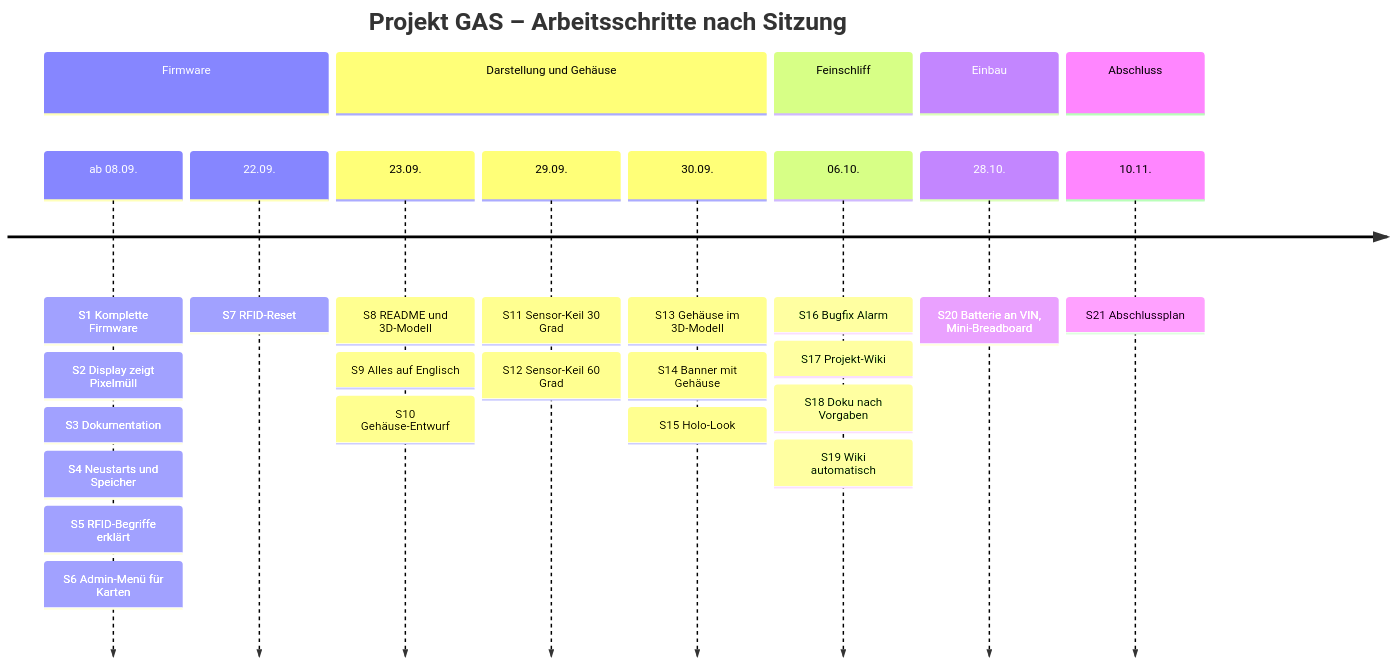
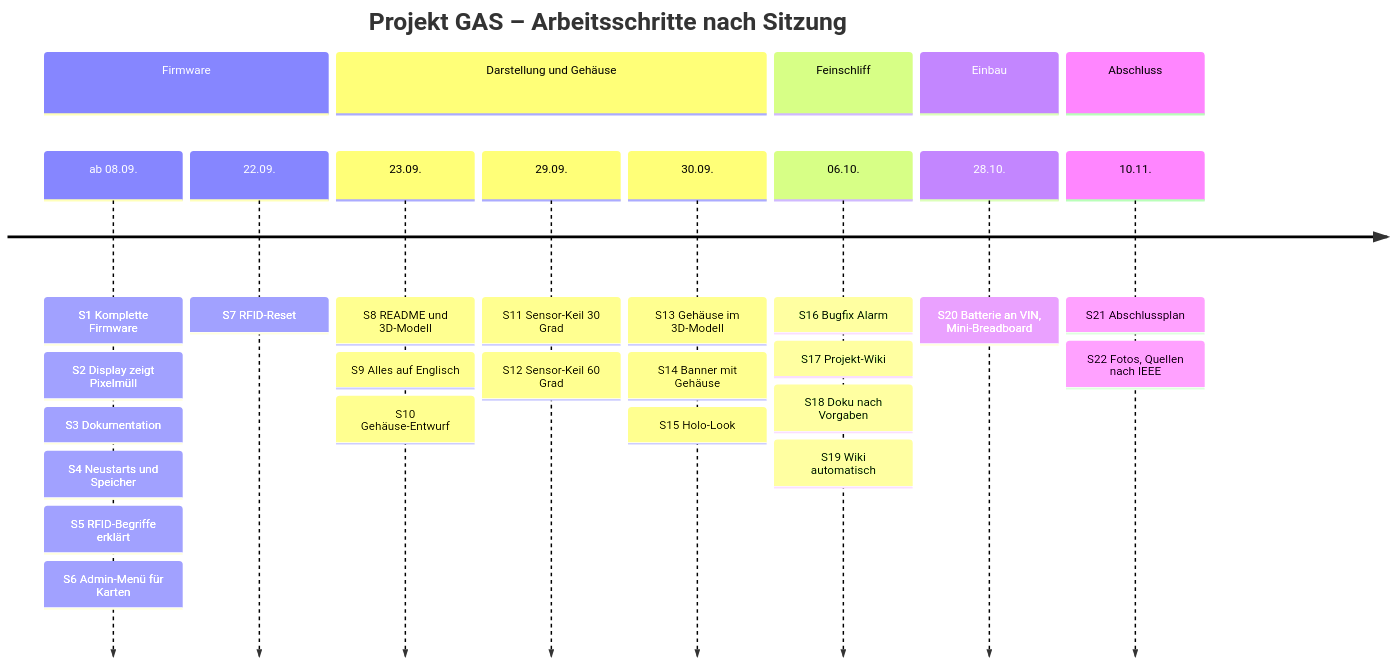
The first of 3 diagrams in wiki/Entwicklungsverlauf.md (BBZ-AIFS51/LF7-Projekt_GAS), drawn with Mermaid before and after one commit. The commit also changed other lines of this file and 14 other files, not shown here.

````diff
--- a/wiki/Entwicklungsverlauf.md
+++ b/wiki/Entwicklungsverlauf.md
@@ -25,30 +25,31 @@
 ```mermaid
 timeline
     title Projekt GAS – Arbeitsschritte nach Sitzung
     section Firmware
         ab 08.09. : S1 Komplette Firmware
                   : S2 Display zeigt Pixelmüll
                   : S3 Dokumentation
                   : S4 Neustarts und Speicher
                   : S5 RFID-Begriffe erklärt
                   : S6 Admin-Menü für Karten
         22.09. : S7 RFID-Reset
     section Darstellung und Gehäuse
         23.09. : S8 README und 3D-Modell
                : S9 Alles auf Englisch
                : S10 Gehäuse-Entwurf
         29.09. : S11 Sensor-Keil 30 Grad
                : S12 Sensor-Keil 60 Grad
         30.09. : S13 Gehäuse im 3D-Modell
                : S14 Banner mit Gehäuse
                : S15 Holo-Look
     section Feinschliff
         06.10. : S16 Bugfix Alarm
                : S17 Projekt-Wiki
                : S18 Doku nach Vorgaben
                : S19 Wiki automatisch
     section Einbau
         28.10. : S20 Batterie an VIN, Mini-Breadboard
     section Abschluss
         10.11. : S21 Abschlussplan
+               : S22 Fotos, Quellen nach IEEE
 ```
````
